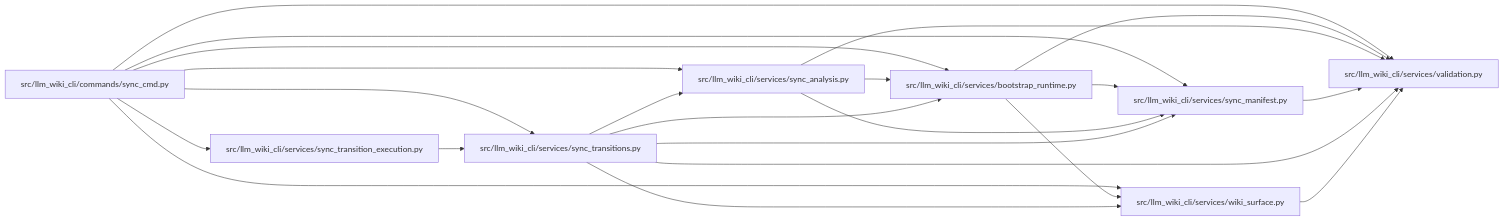
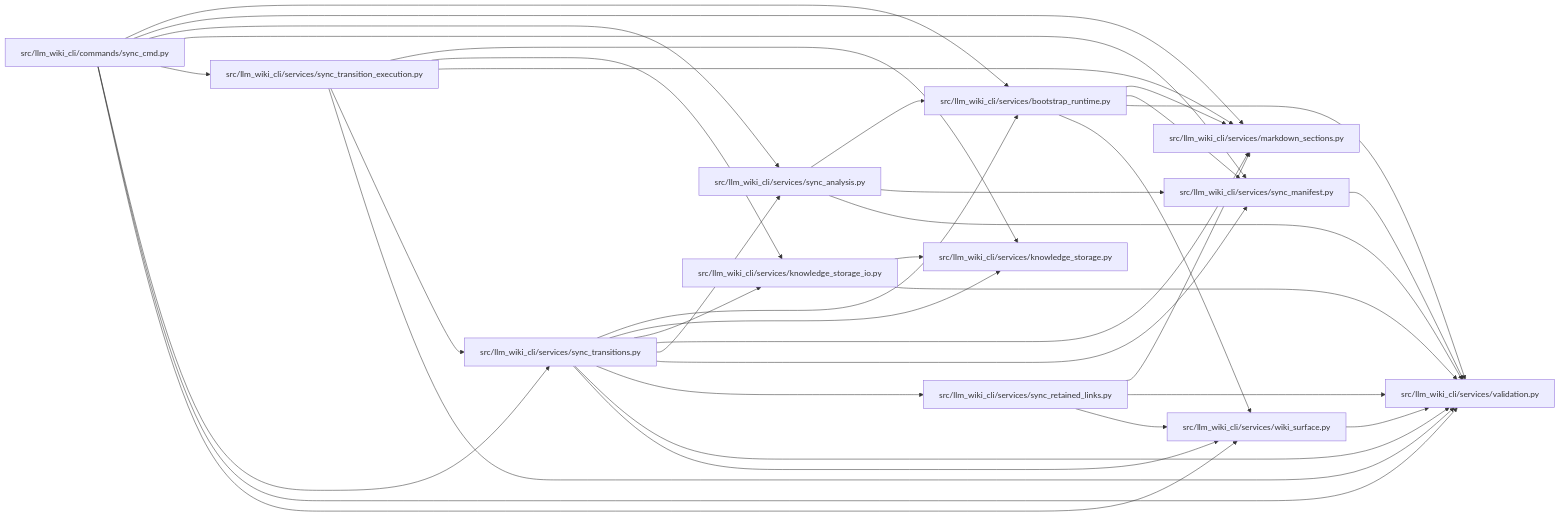
One commit to Denissvgn/python-wiki-llm changed the diagram in docs/llm_wiki/modules/sync_transitions.md. Above: the diagram before and after it, drawn with Mermaid. The commit also changed other lines of this file and 265 other files, not shown here.

Commit message:
fix: normalize selection paths and repair retained page links

````diff
--- a/docs/llm_wiki/modules/sync_transitions.md
+++ b/docs/llm_wiki/modules/sync_transitions.md
@@ -28,40 +32,63 @@
 ```mermaid
 flowchart LR
     n0["src/llm_wiki_cli/commands/sync_cmd.py"]
     n1["src/llm_wiki_cli/services/bootstrap_runtime.py"]
-    n2["src/llm_wiki_cli/services/sync_analysis.py"]
-    n3["src/llm_wiki_cli/services/sync_manifest.py"]
-    n4["src/llm_wiki_cli/services/sync_transition_execution.py"]
-    n5["src/llm_wiki_cli/services/sync_transitions.py"]
-    n6["src/llm_wiki_cli/services/validation.py"]
-    n7["src/llm_wiki_cli/services/wiki_surface.py"]
+    n2["src/llm_wiki_cli/services/knowledge_storage.py"]
+    n3["src/llm_wiki_cli/services/knowledge_storage_io.py"]
+    n4["src/llm_wiki_cli/services/markdown_sections.py"]
+    n5["src/llm_wiki_cli/services/sync_analysis.py"]
+    n6["src/llm_wiki_cli/services/sync_manifest.py"]
+    n7["src/llm_wiki_cli/services/sync_retained_links.py"]
+    n8["src/llm_wiki_cli/services/sync_transition_execution.py"]
+    n9["src/llm_wiki_cli/services/sync_transitions.py"]
+    n10["src/llm_wiki_cli/services/validation.py"]
+    n11["src/llm_wiki_cli/services/wiki_surface.py"]
     n0 --> n1
-    n0 --> n2
-    n0 --> n3
     n0 --> n4
     n0 --> n5
     n0 --> n6
-    n0 --> n7
-    n1 --> n3
+    n0 --> n8
+    n0 --> n9
+    n0 --> n10
+    n0 --> n11
+    n1 --> n4
     n1 --> n6
-    n1 --> n7
-    n2 --> n1
-    n2 --> n3
-    n2 --> n6
-    n3 --> n6
-    n4 --> n5
+    n1 --> n10
+    n1 --> n11
+    n3 --> n2
+    n3 --> n10
     n5 --> n1
-    n5 --> n2
-    n5 --> n3
     n5 --> n6
-    n5 --> n7
-    n7 --> n6
+    n5 --> n10
+    n6 --> n10
+    n7 --> n4
+    n7 --> n10
+    n7 --> n11
+    n8 --> n2
+    n8 --> n3
+    n8 --> n4
+    n8 --> n9
+    n8 --> n10
+    n9 --> n1
+    n9 --> n2
+    n9 --> n3
+    n9 --> n4
+    n9 --> n5
+    n9 --> n6
+    n9 --> n7
+    n9 --> n10
+    n9 --> n11
+    n11 --> n10
     click n0 "../modules/sync_cmd.md"
     click n1 "../modules/bootstrap_runtime.md"
-    click n2 "../modules/sync_analysis.md"
-    click n3 "../modules/sync_manifest.md"
-    click n4 "../modules/sync_transition_execution.md"
-    click n5 "../modules/sync_transitions.md"
-    click n6 "../modules/validation.md"
-    click n7 "../modules/wiki_surface.md"
+    click n2 "../modules/knowledge_storage.md"
+    click n3 "../modules/knowledge_storage_io.md"
+    click n4 "../modules/markdown_sections.md"
+    click n5 "../modules/sync_analysis.md"
+    click n6 "../modules/sync_manifest.md"
+    click n7 "../modules/sync_retained_links.md"
+    click n8 "../modules/sync_transition_execution.md"
+    click n9 "../modules/sync_transitions.md"
+    click n10 "../modules/validation.md"
+    click n11 "../modules/wiki_surface.md"
 ```
````
